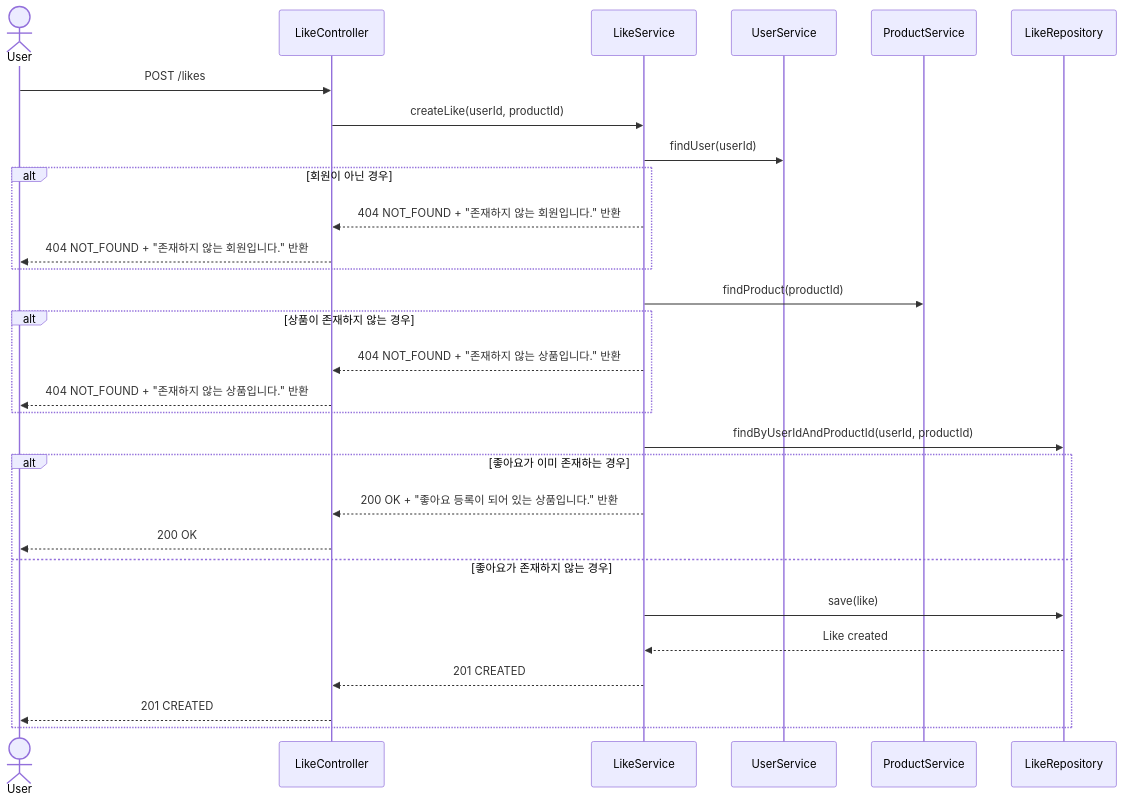
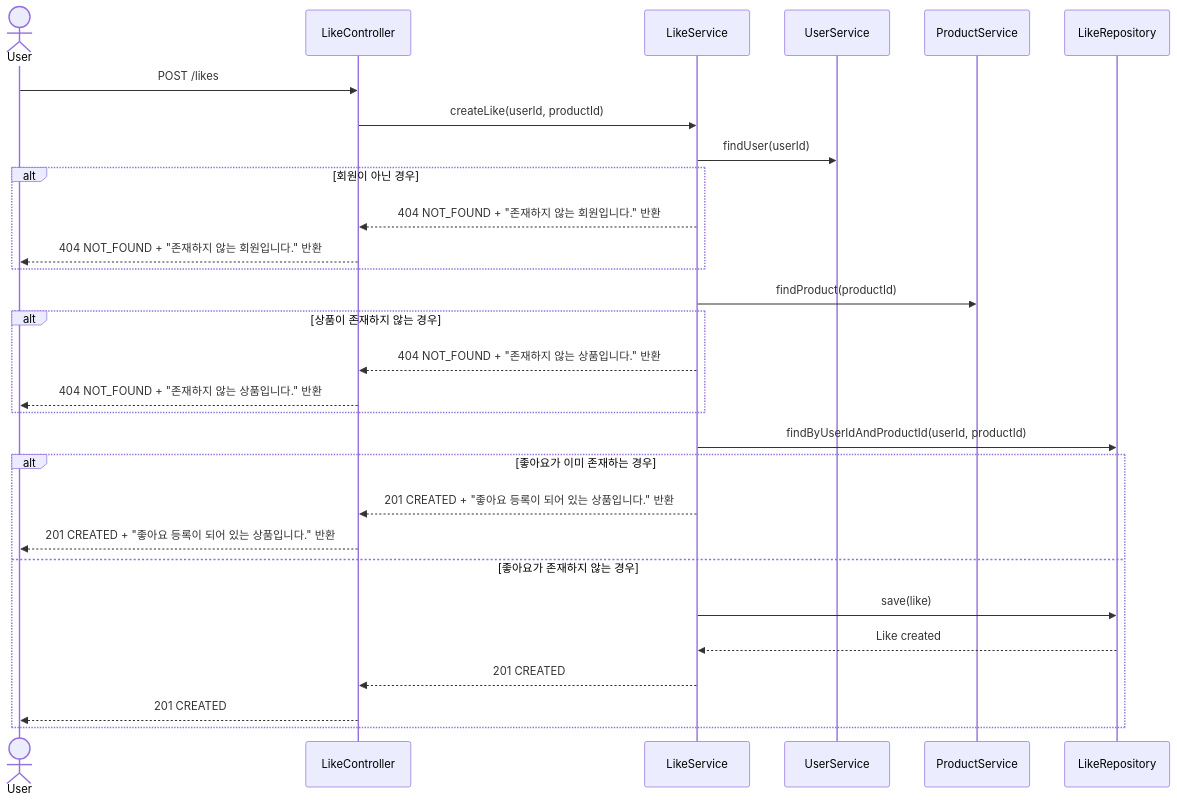
One commit to Loopers-dev-lab/loopers-spring-java-template changed the second of 3 diagrams in docs/design/02-sequence-diagrams.md. Above: the diagram before and after it, drawn with Mermaid. The commit also changed 1 other file, not shown here.

Commit message:
docs: 반환값 수정

````diff
--- a/docs/design/02-sequence-diagrams.md
+++ b/docs/design/02-sequence-diagrams.md
@@ -30,41 +30,41 @@
 ```mermaid
 sequenceDiagram
 	actor User
 	participant LikeController
 	participant LikeService
 	participant UserService
 	participant ProductService
 	participant LikeRepository
 
 	User->>LikeController: POST /likes
 	LikeController->>LikeService: createLike(userId, productId)
 	
 	%% 사용자 검증
 	LikeService->>UserService: findUser(userId)
 	alt 회원이 아닌 경우
 			LikeService-->>LikeController: 404 NOT_FOUND + "존재하지 않는 회원입니다." 반환
 			LikeController-->>User: 404 NOT_FOUND + "존재하지 않는 회원입니다." 반환
 			
 	end
 	
 	%% 상품 검증
 	LikeService->>ProductService: findProduct(productId)
 	alt 상품이 존재하지 않는 경우
 			LikeService-->> LikeController: 404 NOT_FOUND + "존재하지 않는 상품입니다." 반환
 			LikeController-->> User: 404 NOT_FOUND + "존재하지 않는 상품입니다." 반환
 	end
 	
 	%% 좋아요 존재 여부 확인
 	LikeService->>LikeRepository: findByUserIdAndProductId(userId, productId)
 	alt 좋아요가 이미 존재하는 경우
-			LikeService-->> LikeController: 200 OK + "좋아요 등록이 되어 있는 상품입니다." 반환
-			LikeController-->> User: 200 OK
+			LikeService-->> LikeController: 201 CREATED + "좋아요 등록이 되어 있는 상품입니다." 반환
+			LikeController-->> User: 201 CREATED + "좋아요 등록이 되어 있는 상품입니다." 반환
 	else 좋아요가 존재하지 않는 경우
 			LikeService->>LikeRepository: save(like)
 			LikeRepository-->>LikeService: Like created
 			LikeService-->>LikeController: 201 CREATED
 			LikeController-->>User: 201 CREATED
 			
 	end
 	
 ```
````
